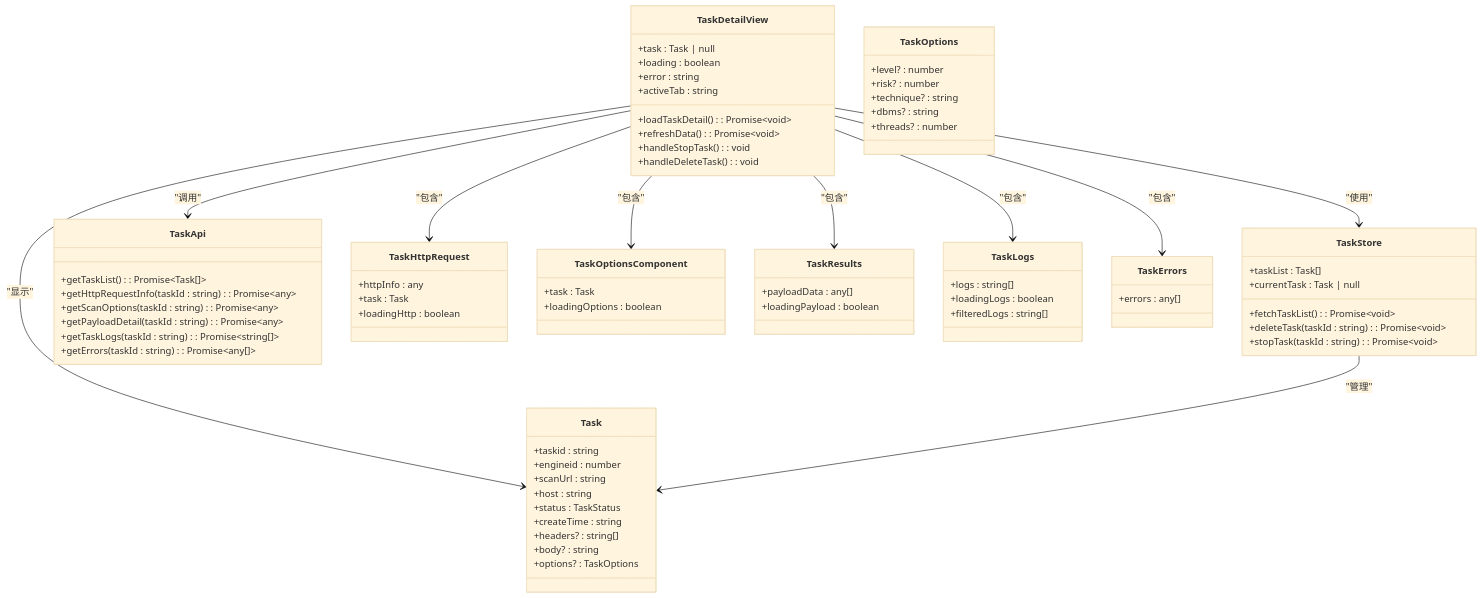
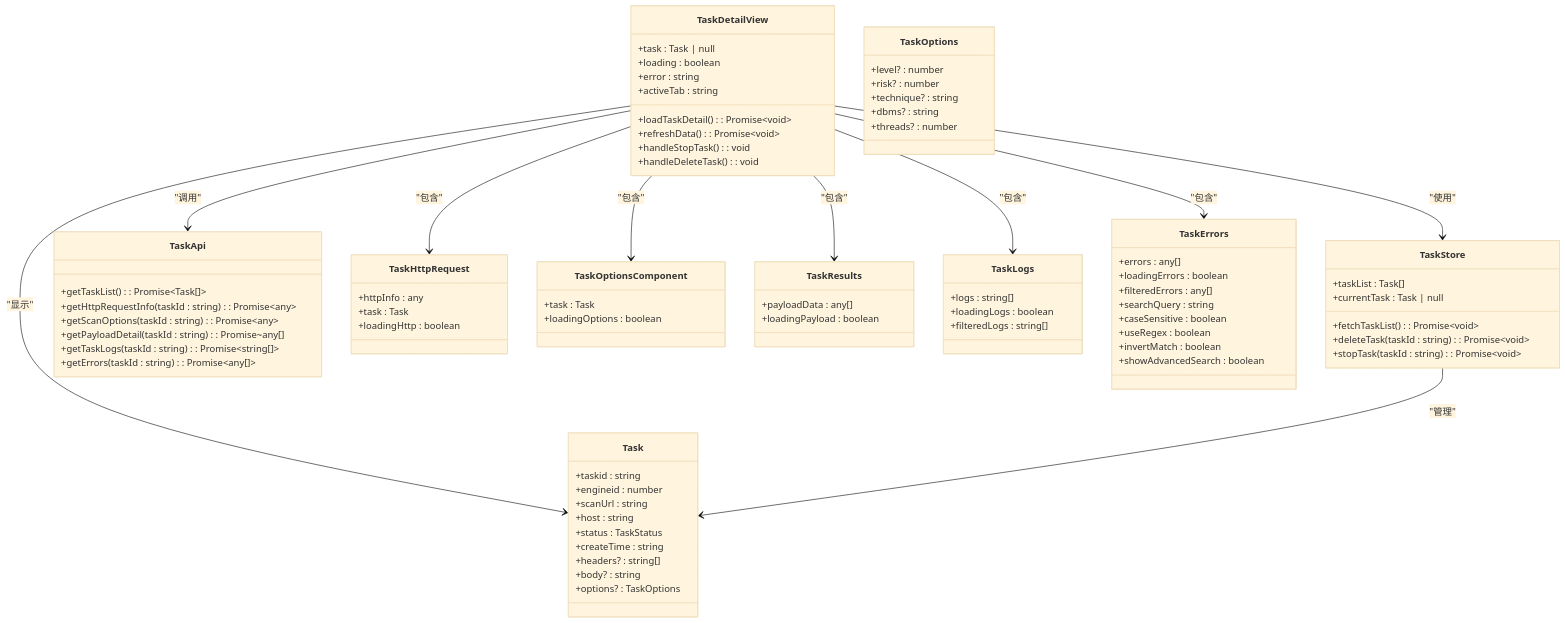
One commit to GitHubNull/sqlmapWebUI changed the seventh of 8 diagrams in .qoder/repowiki/zh/content/任务详情页/任务详情页.md. Above: the diagram before and after it, drawn with Mermaid (base theme). The commit also changed other lines of this file and 5 other files, not shown here.

Commit message:
chore: Update documentation and improve Burp Suite plugin integration - Update task detail page documentation - Enhance Burp Suite plugin integration docs - Fix backend app configuration - Improve ApiClient and SqlmapApiClient error handling

```diff
--- a/.qoder/repowiki/zh/content/任务详情页/任务详情页.md
+++ b/.qoder/repowiki/zh/content/任务详情页/任务详情页.md
@@ -226,7 +228,7 @@
 +getTaskList() : Promise~Task[]~
 +getHttpRequestInfo(taskId : string) : Promise~any~
 +getScanOptions(taskId : string) : Promise~any~
-+getPayloadDetail(taskId : string) : Promise~any~
++getPayloadDetail(taskId : string) : Promise~any[]
 +getTaskLogs(taskId : string) : Promise~string[]~
 +getErrors(taskId : string) : Promise~any[]~
 }
@@ -268,6 +270,13 @@
 }
 class TaskErrors {
 +errors : any[]
++loadingErrors : boolean
++filteredErrors : any[]
++searchQuery : string
++caseSensitive : boolean
++useRegex : boolean
++invertMatch : boolean
++showAdvancedSearch : boolean
 }
 TaskDetailView --> TaskStore : "使用"
 TaskDetailView --> TaskApi : "调用"
```
